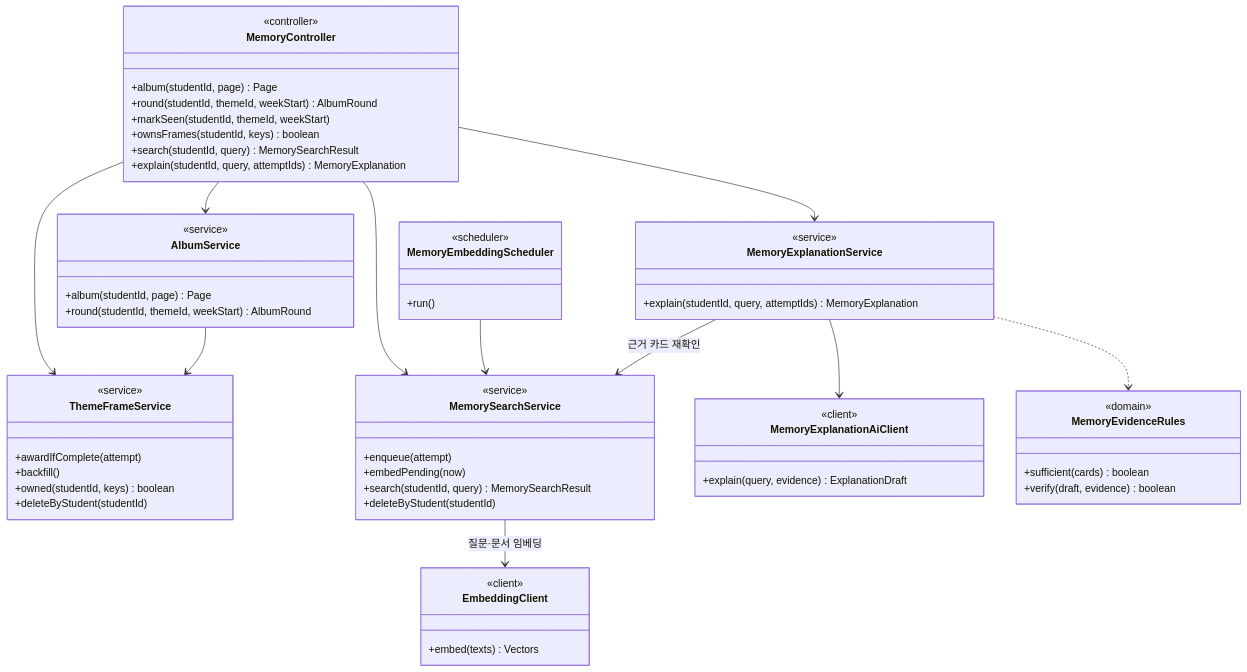
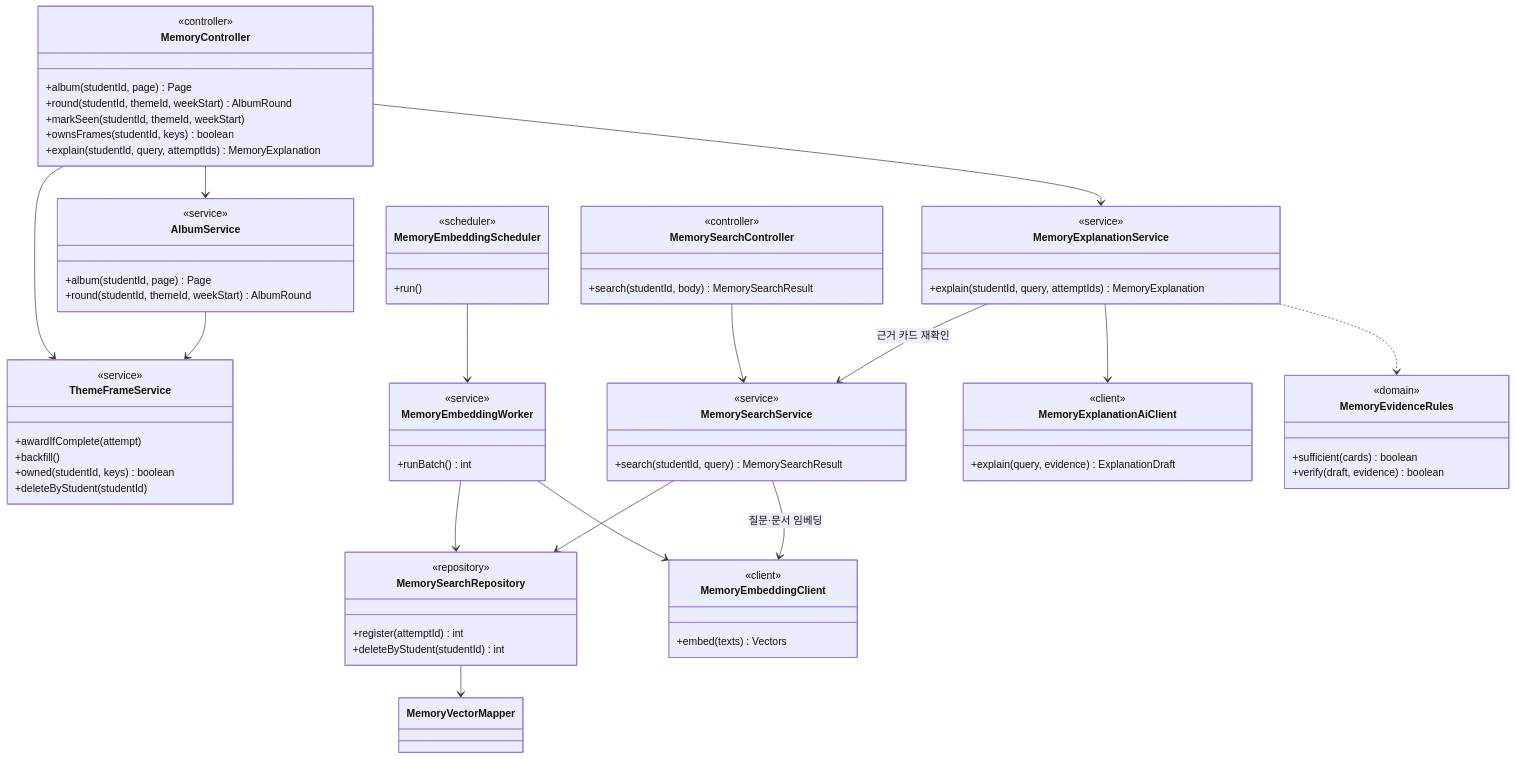
Diagram 15 of 23 in docs/design/class-diagram.md (SKNETWORKS-FAMILY-AICAMP/SKN34-FINAL-3TEAM), drawn with Mermaid before and after one commit. The commit also changed other lines of this file and 24 other files, not shown here.

````diff
--- a/docs/design/class-diagram.md
+++ b/docs/design/class-diagram.md
@@ -2148,64 +2148,77 @@
 ```mermaid
 classDiagram
   direction TB
   class MemoryController {
     <<controller>>
     +album(studentId, page) Page
     +round(studentId, themeId, weekStart) AlbumRound
     +markSeen(studentId, themeId, weekStart)
     +ownsFrames(studentId, keys) boolean
-    +search(studentId, query) MemorySearchResult
     +explain(studentId, query, attemptIds) MemoryExplanation
   }
   class ThemeFrameService {
     <<service>>
     +awardIfComplete(attempt)
     +backfill()
     +owned(studentId, keys) boolean
     +deleteByStudent(studentId)
   }
   class AlbumService {
     <<service>>
     +album(studentId, page) Page
     +round(studentId, themeId, weekStart) AlbumRound
   }
+  class MemorySearchController {
+    <<controller>>
+    +search(studentId, body) MemorySearchResult
+  }
+  class MemoryEmbeddingWorker {
+    <<service>>
+    +runBatch() int
+  }
+  class MemorySearchRepository {
+    <<repository>>
+    +register(attemptId) int
+    +deleteByStudent(studentId) int
+  }
   class MemorySearchService {
     <<service>>
-    +enqueue(attempt)
-    +embedPending(now)
     +search(studentId, query) MemorySearchResult
-    +deleteByStudent(studentId)
   }
   class MemoryExplanationService {
     <<service>>
     +explain(studentId, query, attemptIds) MemoryExplanation
   }
   class MemoryEmbeddingScheduler {
     <<scheduler>>
     +run()
   }
-  class EmbeddingClient {
+  class MemoryEmbeddingClient {
     <<client>>
     +embed(texts) Vectors
   }
   class MemoryExplanationAiClient {
     <<client>>
     +explain(query, evidence) ExplanationDraft
   }
   class MemoryEvidenceRules {
     <<domain>>
     +sufficient(cards) boolean
     +verify(draft, evidence) boolean
   }
 
   MemoryController --> AlbumService
   MemoryController --> ThemeFrameService
-  MemoryController --> MemorySearchService
   MemoryController --> MemoryExplanationService
-  MemoryEmbeddingScheduler --> MemorySearchService
-  MemorySearchService --> EmbeddingClient : 질문·문서 임베딩
+  MemoryEmbeddingScheduler --> MemoryEmbeddingWorker
+  MemoryEmbeddingWorker --> MemorySearchRepository
+  MemoryEmbeddingWorker --> MemoryEmbeddingClient
+  MemorySearchController --> MemorySearchService
+  MemorySearchService --> MemorySearchRepository
+  MemorySearchRepository --> MemoryVectorMapper
+  MemorySearchService --> MemoryEmbeddingClient : 질문·문서 임베딩
   MemoryExplanationService --> MemorySearchService : 근거 카드 재확인
   MemoryExplanationService --> MemoryExplanationAiClient
   MemoryExplanationService ..> MemoryEvidenceRules
   AlbumService --> ThemeFrameService
 ```
````
